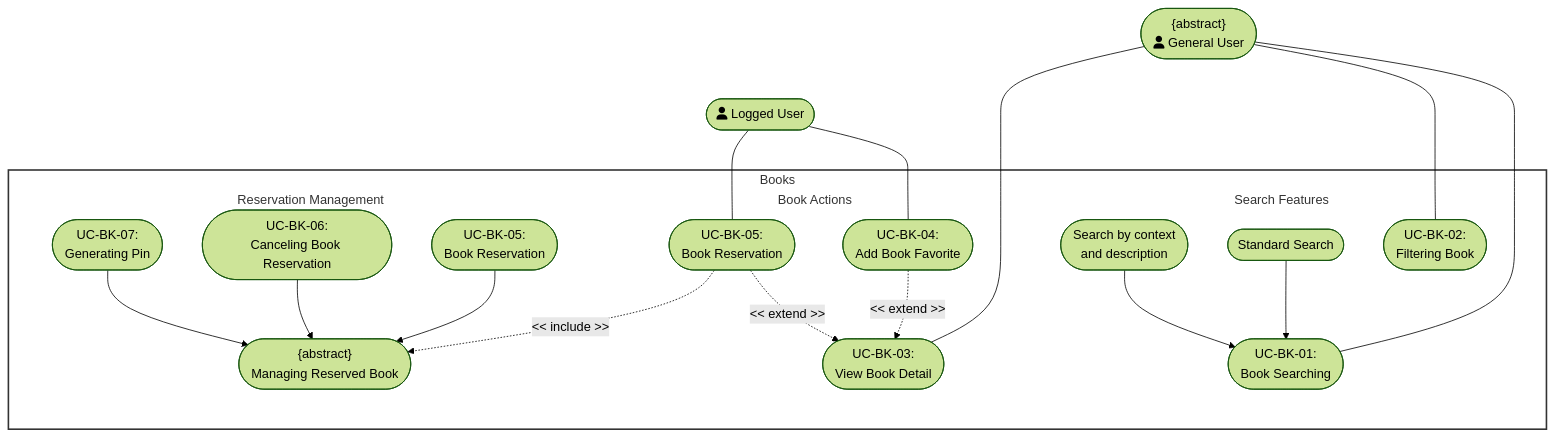
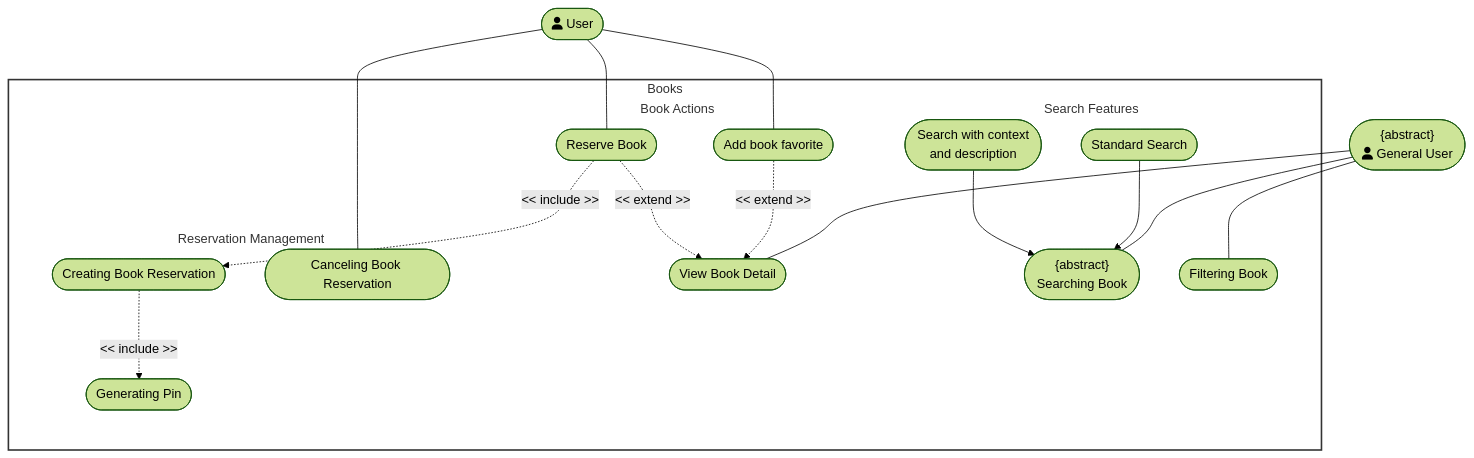
One commit to DuyNhat1705/AmeThyst-Library changed the fourth of 9 diagrams in docs/management/PA3/Use-CaseDiagram.md. Above: the diagram before and after it, drawn with Mermaid (forest theme). The commit also changed other lines of this file and 5 other files, not shown here.

Commit message:
update usecase diagram for PA4

````diff
--- a/docs/management/PA3/Use-CaseDiagram.md
+++ b/docs/management/PA3/Use-CaseDiagram.md
@@ -140,65 +138,57 @@
 ```mermaid
 flowchart TD
     %% Actors 
-    Actor1(["<center>{abstract}<br>fa:fa-user General User</center>"])
-    Actor2(["<center>fa:fa-user Logged User</center>"])
+    Actor1(["<center>{abstract} <br> fa:fa-user General User</center>"])
+    Actor2(["fa:fa-user User"])
 
     %% System Boundary Subgraph
     subgraph BooksSystem [Books]
         %% Column 1: Search & Filter Features
         subgraph SearchBlock [Search Features]
-            UC_StdSearch(["<center>Standard Search</center>"])
-            UC_SemSearch(["<center>Search by context<br>and description</center>"])
-            UC_AbsSearching(["<center>UC-BK-01:<br>Book Searching</center>"])
-            UC_Filter(["<center>UC-BK-02:<br>Filtering Book</center>"])
+            UC_StdSearch([Standard Search])
+            UC_SemSearch(["<center>Search with context<br>and description</center>"])
+            UC_AbsSearching(["<center>{abstract}<br>Searching Book</center>"])
+            UC_Filter([Filtering Book])
         end
         
         %% Column 2: Book Actions
         subgraph ActionBlock [Book Actions]
-            UC_ViewDetail(["<center>UC-BK-03:<br>View Book Detail</center>"])
-            UC_AddFav(["<center>UC-BK-04:<br>Add Book Favorite</center>"])
-            UC_Reserve(["<center>UC-BK-05:<br>Book Reservation</center>"])
+            UC_ViewDetail([View Book Detail])
+            UC_AddFav([Add book favorite])
+            UC_Reserve([Reserve Book])
         end
         
         %% Column 3: Reservation Management
         subgraph ReserveBlock [Reservation Management]
-            UC_AbsManageReserve(["<center>{abstract}<br>Managing Reserved Book</center>"])
-            UC_CreateReserve(["<center>UC-BK-05:<br>Book Reservation</center>"])
-            UC_CancelReserve(["<center>UC-BK-06:<br>Canceling Book Reservation</center>"])
-            UC_GenPin(["<center>UC-BK-07:<br>Generating Pin</center>"])
+            UC_CreateReserve([Creating Book Reservation])
+            UC_CancelReserve([Canceling Book Reservation])
+            UC_GenPin([Generating Pin])
         end
     end
 
-    %% -------------------------------------------------------------
     %% Actor Associations
-    %% -------------------------------------------------------------
     Actor1 --- UC_AbsSearching
     Actor1 --- UC_Filter
     Actor1 --- UC_ViewDetail
     Actor2 --- UC_AddFav
     Actor2 --- UC_Reserve
-    Actor1 ~~~ Actor2
+    Actor2 --- UC_CancelReserve
 
-    %% -------------------------------------------------------------
-    %% Generalization Relationships
-    %% -------------------------------------------------------------
+    %% Valid Generalization (Standard/Semantic ARE types of Search)
     UC_StdSearch --> UC_AbsSearching
     UC_SemSearch --> UC_AbsSearching
-    
-    UC_CreateReserve --> UC_AbsManageReserve
-    UC_CancelReserve --> UC_AbsManageReserve
-    UC_GenPin --> UC_AbsManageReserve
 
-    %% -------------------------------------------------------------
     %% Extend & Include Relationships
-    %% -------------------------------------------------------------
     UC_AddFav -. "<< extend >>" .-> UC_ViewDetail
     UC_Reserve -. "<< extend >>" .-> UC_ViewDetail
-    UC_Reserve -. "<< include >>" .-> UC_AbsManageReserve
+    
+    %% Generating PIN is an INCLUDED step during reservation creation
+    UC_CreateReserve -. "<< include >>" .-> UC_GenPin
+    UC_Reserve -. "<< include >>" .-> UC_CreateReserve
 
     %% Styling
     style BooksSystem fill:#fff,stroke:#333,stroke-width:2px
     style SearchBlock fill:none,stroke:none
     style ActionBlock fill:none,stroke:none
     style ReserveBlock fill:none,stroke:none
 ```
````
